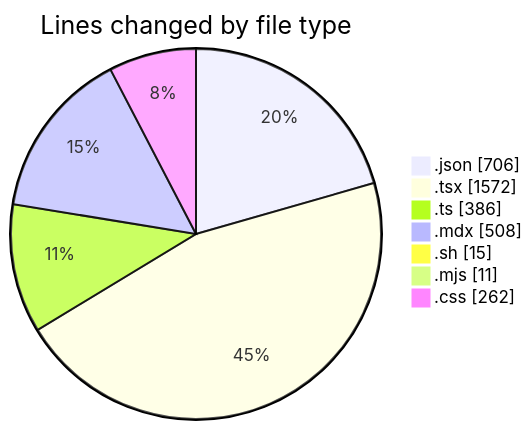
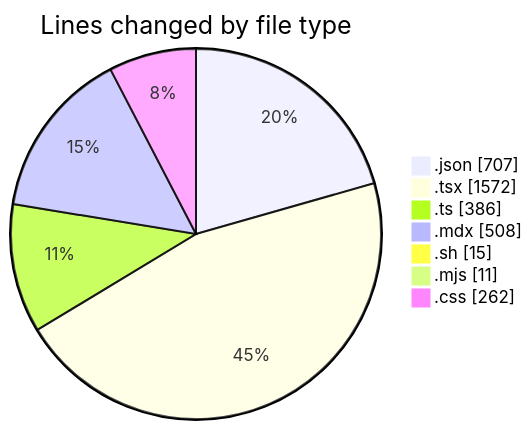
The first of 2 diagrams in 2025-05-01/niten/README.md (Elitesun/code-tracking), drawn with Mermaid before and after one commit. The commit also changed other lines of this file and 1 other file, not shown here.

````diff
--- a/2025-05-01/niten/README.md
+++ b/2025-05-01/niten/README.md
@@ -57,11 +57,11 @@
 ```mermaid
 pie showData
 title Lines changed by file type
-".json" : 706
+".json" : 707
 ".tsx" : 1572
 ".ts" : 386
 ".mdx" : 508
 ".sh" : 15
 ".mjs" : 11
 ".css" : 262
 ```
````
